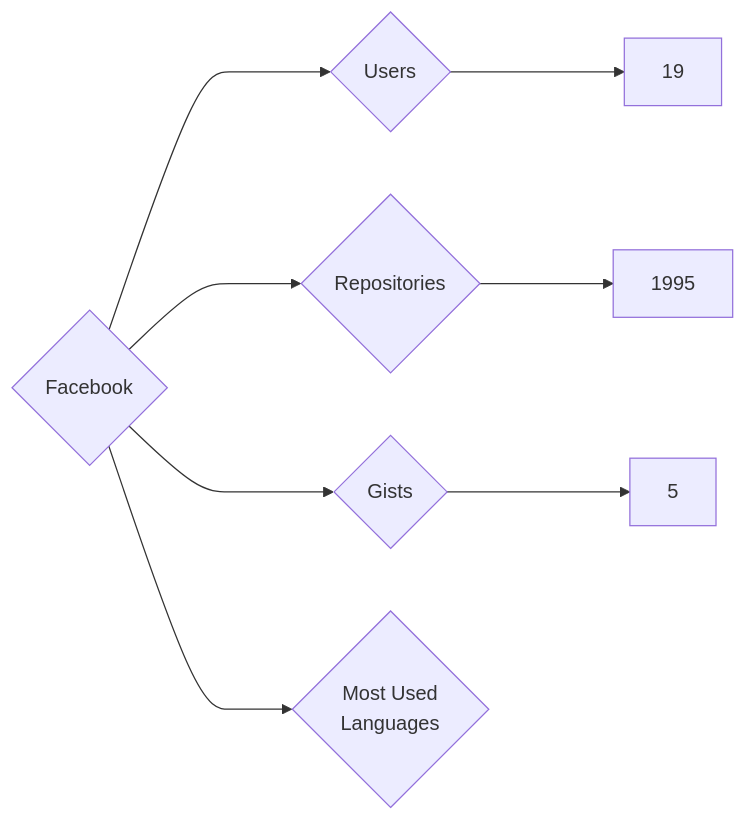
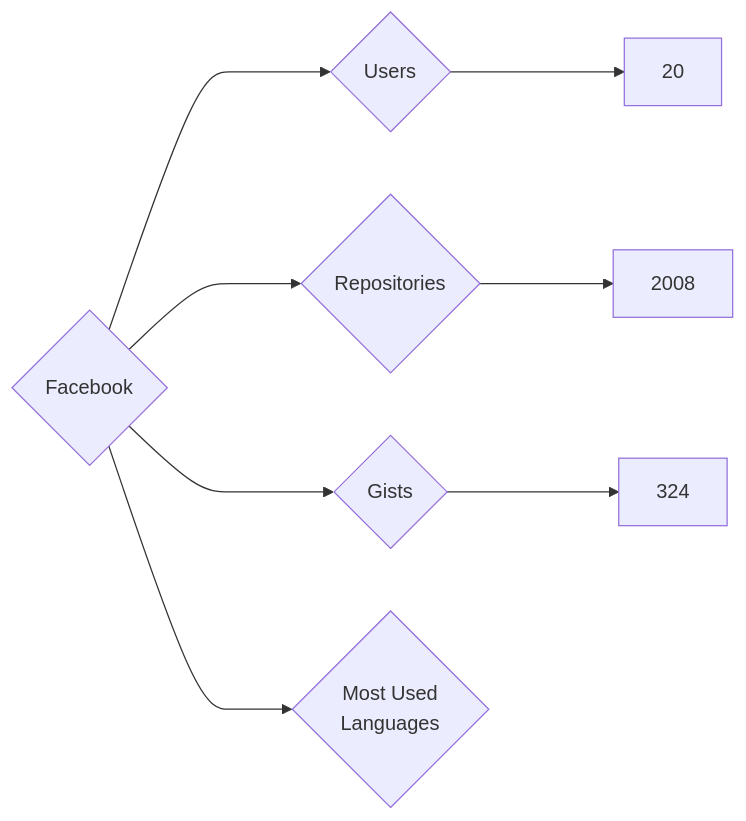
Before and after one commit to nenadzaric/insiders: the diagram in targets/Facebook/README.md, drawn with Mermaid. The commit also changed 1342 other files, not shown here.

````diff
--- a/targets/Facebook/README.md
+++ b/targets/Facebook/README.md
@@ -3,8 +3,8 @@
 ```mermaid
 graph LR
 COMPANY_NAME{Facebook}
-COMPANY_NAME ---> U{Users} ---> UN[19]
-COMPANY_NAME ---> R{Repositories} ---> RN[1995]
-COMPANY_NAME ---> G{Gists} ---> GN[5]
+COMPANY_NAME ---> U{Users} ---> UN[20]
+COMPANY_NAME ---> R{Repositories} ---> RN[2008]
+COMPANY_NAME ---> G{Gists} ---> GN[324]
 COMPANY_NAME ---> ML{Most Used<br>Languages}
 ```
````
